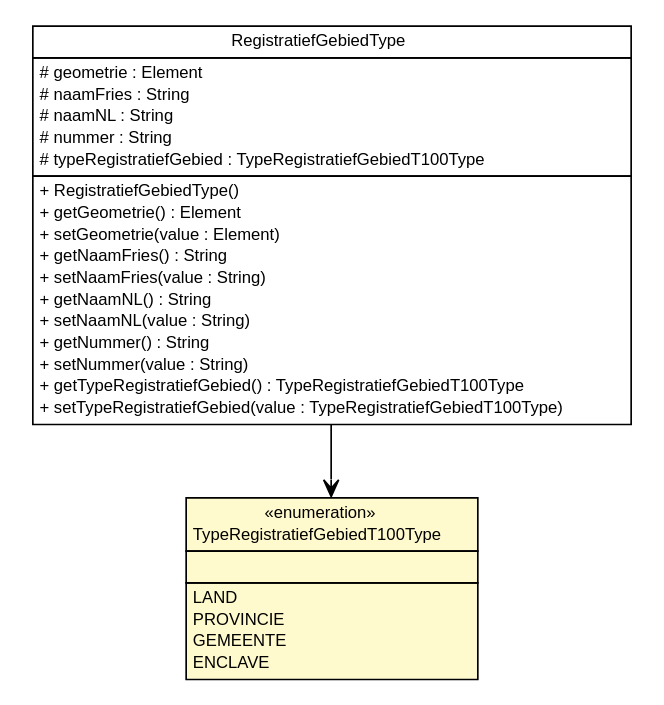
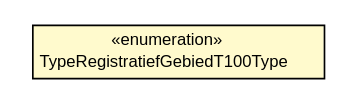
Before and after one commit to B3Partners/brmo: the diagram in topnlparser/apidocs/nl/b3p/topnl/top100nl/TypeRegistratiefGebiedT100Type.dot, drawn with Graphviz. The commit also changed 1270 other files, not shown here.

```diff
--- a/topnlparser/apidocs/nl/b3p/topnl/top100nl/TypeRegistratiefGebiedT100Type.dot
+++ b/topnlparser/apidocs/nl/b3p/topnl/top100nl/TypeRegistratiefGebiedT100Type.dot
@@ -1,56 +1,19 @@
 #!/usr/local/bin/dot
 #
 # Class diagram 
 # Generated by UMLGraph version R5_6-24-gf6e263 (http://www.umlgraph.org/)
 #
 
 digraph G {
 	edge [fontname="Helvetica",fontsize=10,labelfontname="Helvetica",labelfontsize=10];
 	node [fontname="Helvetica",fontsize=10,shape=plaintext];
 	nodesep=0.25;
 	ranksep=0.5;
 	// nl.b3p.topnl.top100nl.TypeRegistratiefGebiedT100Type
-	c43816 [label=<<table title="nl.b3p.topnl.top100nl.TypeRegistratiefGebiedT100Type" border="0" cellborder="1" cellspacing="0" cellpadding="2" port="p" bgcolor="lemonChiffon" href="./TypeRegistratiefGebiedT100Type.html">
+	c43769 [label=<<table title="nl.b3p.topnl.top100nl.TypeRegistratiefGebiedT100Type" border="0" cellborder="1" cellspacing="0" cellpadding="2" port="p" bgcolor="lemonChiffon" href="./TypeRegistratiefGebiedT100Type.html">
 		<tr><td><table border="0" cellspacing="0" cellpadding="1">
 <tr><td align="center" balign="center"> &#171;enumeration&#187; </td></tr>
 <tr><td align="center" balign="center"> TypeRegistratiefGebiedT100Type </td></tr>
 		</table></td></tr>
-		<tr><td><table border="0" cellspacing="0" cellpadding="1">
-<tr><td align="left" balign="left">  </td></tr>
-		</table></td></tr>
-		<tr><td><table border="0" cellspacing="0" cellpadding="1">
-<tr><td align="left" balign="left"> LAND </td></tr>
-<tr><td align="left" balign="left"> PROVINCIE </td></tr>
-<tr><td align="left" balign="left"> GEMEENTE </td></tr>
-<tr><td align="left" balign="left"> ENCLAVE </td></tr>
-		</table></td></tr>
 		</table>>, URL="./TypeRegistratiefGebiedT100Type.html", fontname="Helvetica", fontcolor="black", fontsize=10.0];
-	// nl.b3p.topnl.top100nl.RegistratiefGebiedType
-	c43817 [label=<<table title="nl.b3p.topnl.top100nl.RegistratiefGebiedType" border="0" cellborder="1" cellspacing="0" cellpadding="2" port="p" href="./RegistratiefGebiedType.html">
-		<tr><td><table border="0" cellspacing="0" cellpadding="1">
-<tr><td align="center" balign="center"> RegistratiefGebiedType </td></tr>
-		</table></td></tr>
-		<tr><td><table border="0" cellspacing="0" cellpadding="1">
-<tr><td align="left" balign="left"> # geometrie : Element </td></tr>
-<tr><td align="left" balign="left"> # naamFries : String </td></tr>
-<tr><td align="left" balign="left"> # naamNL : String </td></tr>
-<tr><td align="left" balign="left"> # nummer : String </td></tr>
-<tr><td align="left" balign="left"> # typeRegistratiefGebied : TypeRegistratiefGebiedT100Type </td></tr>
-		</table></td></tr>
-		<tr><td><table border="0" cellspacing="0" cellpadding="1">
-<tr><td align="left" balign="left"> + RegistratiefGebiedType() </td></tr>
-<tr><td align="left" balign="left"> + getGeometrie() : Element </td></tr>
-<tr><td align="left" balign="left"> + setGeometrie(value : Element) </td></tr>
-<tr><td align="left" balign="left"> + getNaamFries() : String </td></tr>
-<tr><td align="left" balign="left"> + setNaamFries(value : String) </td></tr>
-<tr><td align="left" balign="left"> + getNaamNL() : String </td></tr>
-<tr><td align="left" balign="left"> + setNaamNL(value : String) </td></tr>
-<tr><td align="left" balign="left"> + getNummer() : String </td></tr>
-<tr><td align="left" balign="left"> + setNummer(value : String) </td></tr>
-<tr><td align="left" balign="left"> + getTypeRegistratiefGebied() : TypeRegistratiefGebiedT100Type </td></tr>
-<tr><td align="left" balign="left"> + setTypeRegistratiefGebied(value : TypeRegistratiefGebiedT100Type) </td></tr>
-		</table></td></tr>
-		</table>>, URL="./RegistratiefGebiedType.html", fontname="Helvetica", fontcolor="black", fontsize=10.0];
-	// nl.b3p.topnl.top100nl.RegistratiefGebiedType NAVASSOC nl.b3p.topnl.top100nl.TypeRegistratiefGebiedT100Type
-	c43817:p -> c43816:p [taillabel="", label="", headlabel="", fontname="Helvetica", fontcolor="black", fontsize=10.0, color="black", arrowhead=open];
 }
```
